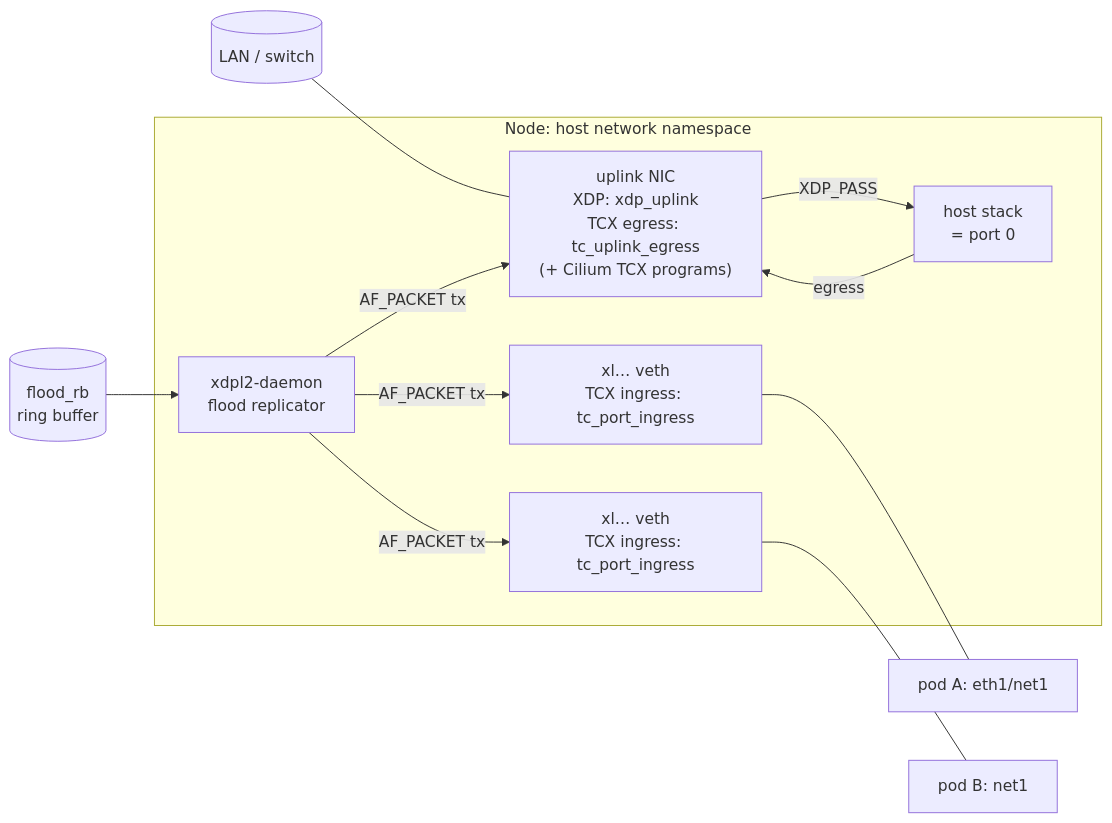
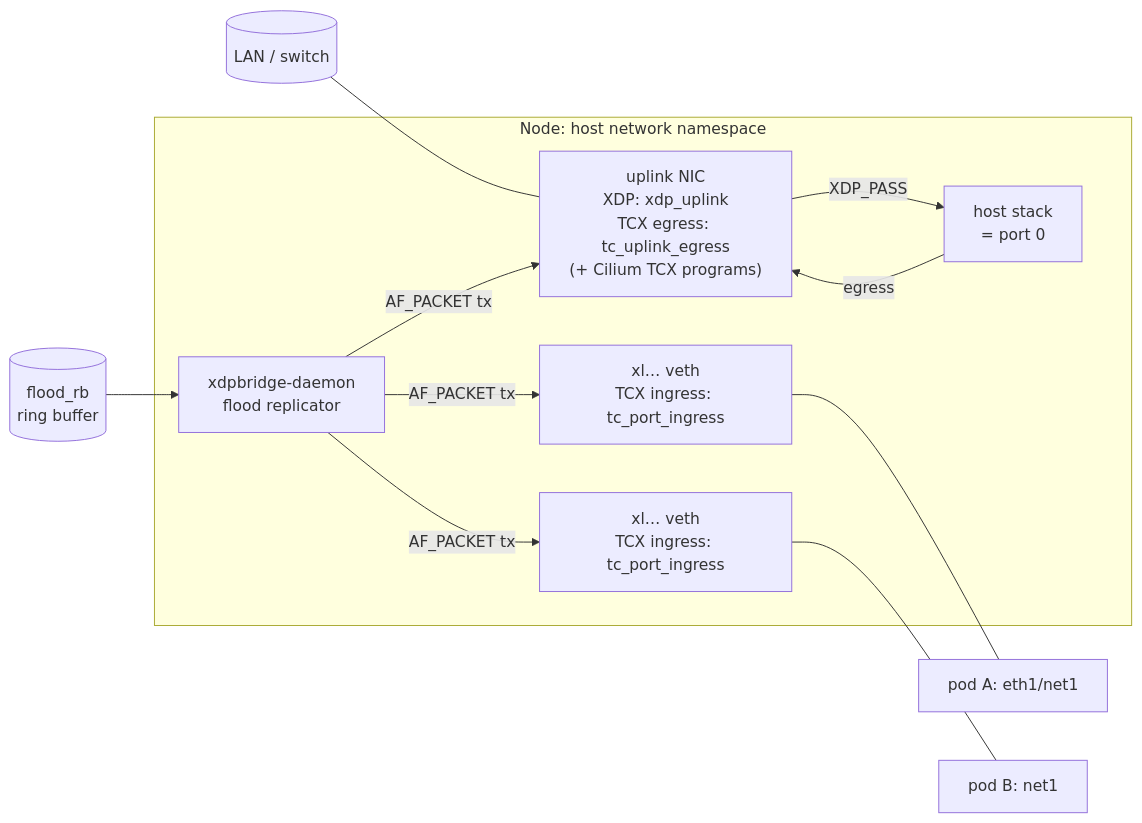
Before and after one commit to tsuzu/xdpbridge: the diagram in docs/design.md, drawn with Mermaid. The commit also changed other lines of this file and 41 other files, not shown here.

First line of the commit message:
Rename the project from xdpl2 to xdpbridge

````diff
--- a/docs/design.md
+++ b/docs/design.md
@@ -26,17 +26,17 @@
 ```mermaid
 flowchart LR
   LAN[(LAN / switch)] --- NIC
   subgraph node[Node: host network namespace]
     NIC["uplink NIC<br/>XDP: xdp_uplink<br/>TCX egress: tc_uplink_egress<br/>(+ Cilium TCX programs)"]
     HOST[host stack<br/>= port 0]
-    D[xdpl2-daemon<br/>flood replicator]
+    D[xdpbridge-daemon<br/>flood replicator]
     V1["xl… veth<br/>TCX ingress: tc_port_ingress"]
     V2["xl… veth<br/>TCX ingress: tc_port_ingress"]
     NIC -- XDP_PASS --> HOST
     HOST -- egress --> NIC
   end
   V1 --- P1[pod A: eth1/net1]
   V2 --- P2[pod B: net1]
   RB[(flood_rb<br/>ring buffer)] --> D
   D -- AF_PACKET tx --> V1 & V2 & NIC
 ```
````
